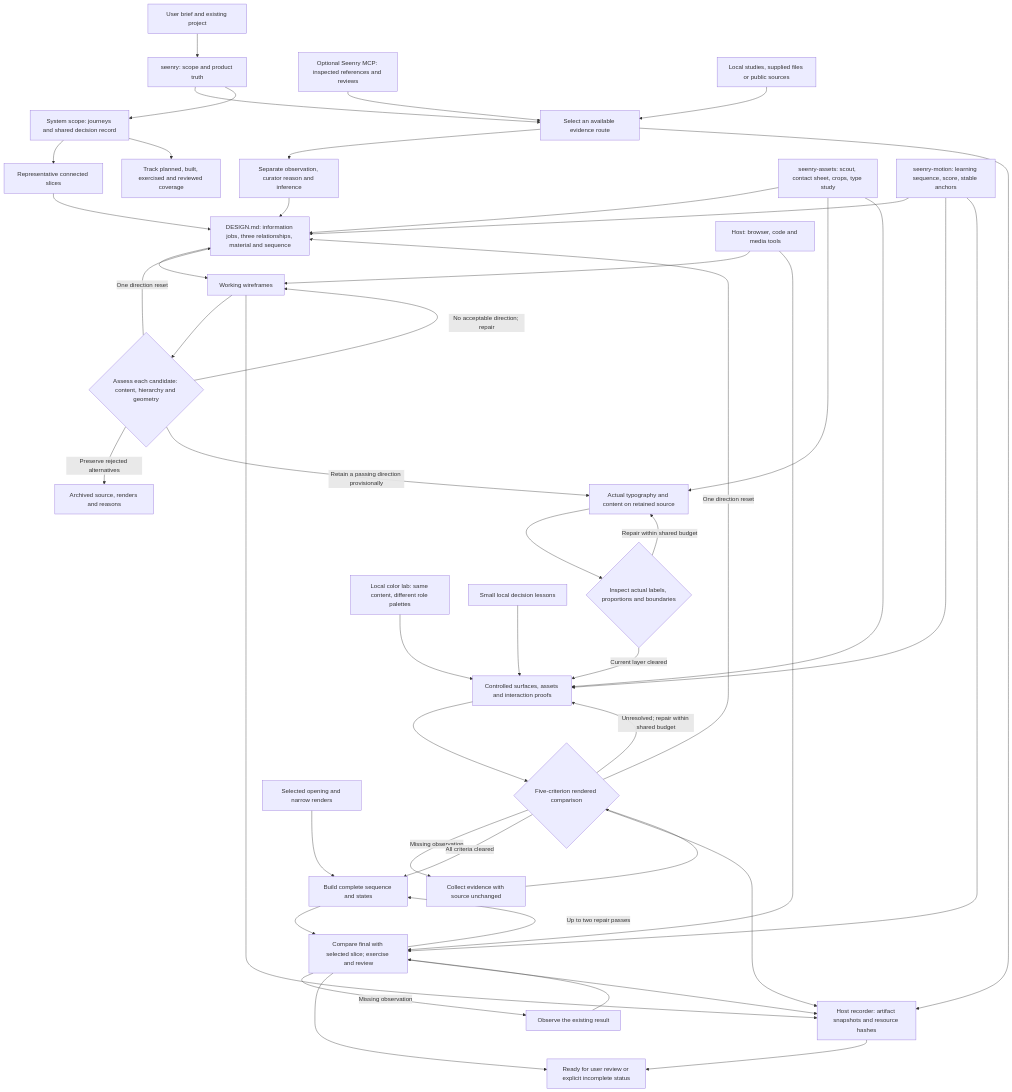
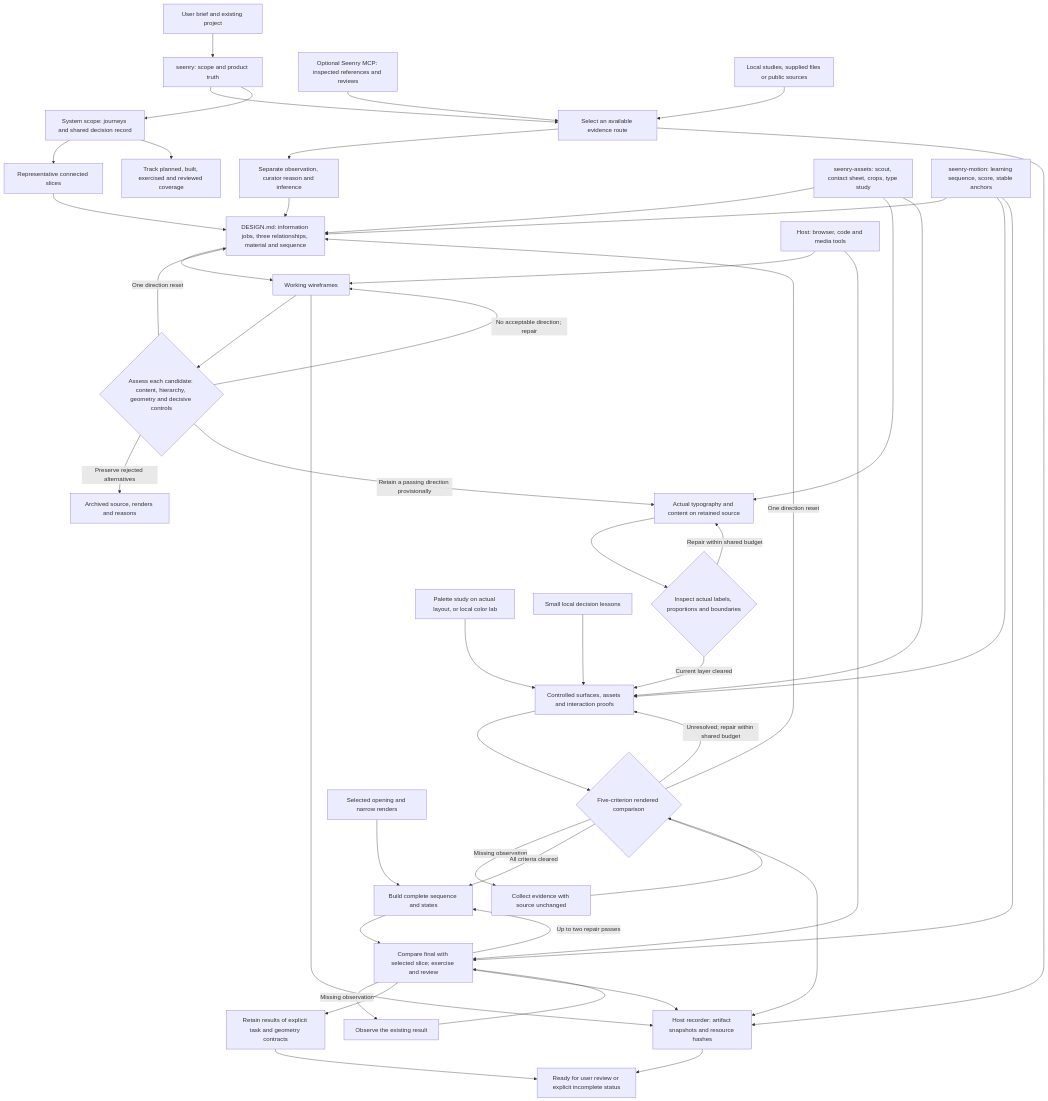
One commit to ayangabryl/seenry-skills changed the diagram in ARCHITECTURE.md. Above: the diagram before and after it, drawn with Mermaid. The commit also changed other lines of this file and 17 other files, not shown here.

````diff
--- a/ARCHITECTURE.md
+++ b/ARCHITECTURE.md
@@ -5,49 +5,50 @@
 ```mermaid
 flowchart TD
   U[User brief and existing project] --> S[seenry: scope and product truth]
   S --> R[Select an available evidence route]
   S --> SYS[System scope: journeys and shared decision record]
   SYS --> SL[Representative connected slices]
   SL --> P
   SYS --> COVER[Track planned, built, exercised and reviewed coverage]
   M[Optional Seenry MCP: inspected references and reviews] --> R
   L[Local studies, supplied files or public sources] --> R
   R --> E[Separate observation, curator reason and inference]
   E --> P[DESIGN.md: information jobs, three relationships, material and sequence]
   P --> W[Working wireframes]
-  W --> WG{Assess each candidate: content, hierarchy and geometry}
+  W --> WG{Assess each candidate: content, hierarchy, geometry and decisive controls}
   WG -->|No acceptable direction; repair| W
   WG -->|One direction reset| P
   WG -->|Preserve rejected alternatives| ARCH[Archived source, renders and reasons]
   WG -->|Retain a passing direction provisionally| T[Actual typography and content on retained source]
   T --> TG{Inspect actual labels, proportions and boundaries}
   TG -->|Repair within shared budget| T
   TG -->|Current layer cleared| V[Controlled surfaces, assets and interaction proofs]
-  CL[Local color lab: same content, different role palettes] --> V
+  CL[Palette study on actual layout, or local color lab] --> V
   VL[Small local decision lessons] --> V
   V --> C{Five-criterion rendered comparison}
   C -->|Missing observation| OBS[Collect evidence with source unchanged]
   OBS --> C
   C -->|One direction reset| P
   C -->|Unresolved; repair within shared budget| V
   C -->|All criteria cleared| B[Build complete sequence and states]
   KEEP[Selected opening and narrow renders] --> B
   B --> Q[Compare final with selected slice; exercise and review]
   Q -->|Missing observation| OBS2[Observe the existing result]
   OBS2 --> Q
   Q -->|Up to two repair passes| B
-  Q --> F[Ready for user review or explicit incomplete status]
+  Q --> CONTRACT[Retain results of explicit task and geometry contracts]
+  CONTRACT --> F[Ready for user review or explicit incomplete status]
   A[seenry-assets: scout, contact sheet, crops, type study] --> P
   A --> T
   A --> V
   O[seenry-motion: learning sequence, score, stable anchors] --> P
   O --> V
   O --> Q
   H[Host: browser, code and media tools] --> W
   H --> Q
   R --> REC[Host recorder: artifact snapshots and resource hashes]
   W --> REC
   C --> REC
   Q --> REC
   REC --> F
 ```
````
